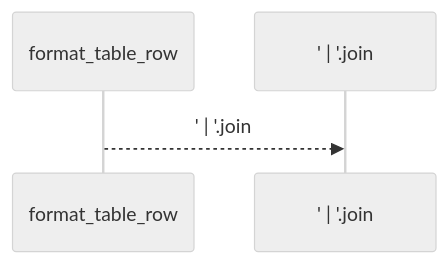
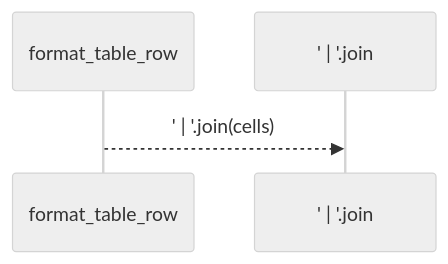
One commit to Denissvgn/python-wiki-llm changed the first of 2 diagrams in docs/llm_wiki/flows/api-format_table_row.md. Above: the diagram before and after it, drawn with Mermaid (neutral theme). The commit also changed other lines of this file and 1410 other files, not shown here.

````diff
--- a/docs/llm_wiki/flows/api-format_table_row.md
+++ b/docs/llm_wiki/flows/api-format_table_row.md
@@ -10,6 +12,6 @@
 ```mermaid
 sequenceDiagram
     participant p0 as format_table_row
     participant p1 as ' | '.join
-    p0-->>p1: ' | '.join
+    p0-->>p1: ' | '.join(cells)
 ```
````
